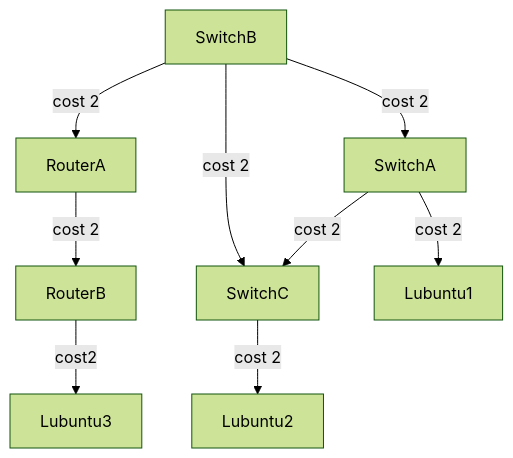
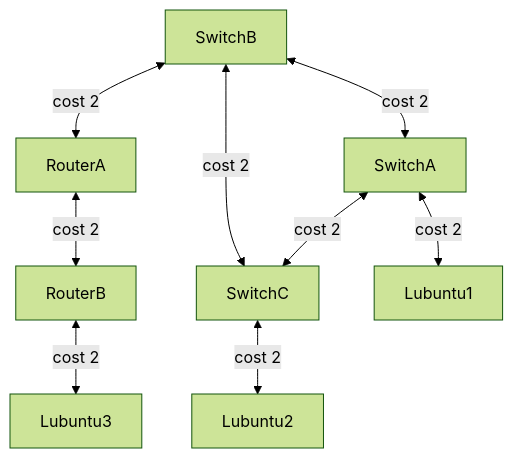
One commit to Kjersheim/DataNetworksIntro2023 changed the diagram in documentation/E07.md. Above: the diagram before and after it, drawn with Mermaid.

Commit message:
E07 Path cost

````diff
--- a/documentation/E07.md
+++ b/documentation/E07.md
@@ -420,13 +420,13 @@
 ```mermaid
 %%{init: {'theme': 'forest', "flowchart" : { "curve" : "basis" } } }%%
 graph TD;
-	SwitchB-- cost 2 -->RouterA
-	RouterA-- cost 2-->RouterB
-	RouterB-- cost2-->Lubuntu3
-	SwitchB-- cost 2-->SwitchA;
-	SwitchB-- cost 2-->SwitchC;
-	SwitchA-- cost 2-->SwitchC;
-	SwitchA-- cost 2-->Lubuntu1;
-	SwitchC-- cost 2-->Lubuntu2;
+	SwitchB<-- cost 2 -->RouterA
+    RouterA<-- cost 2 -->RouterB
+    RouterB<-- cost 2 -->Lubuntu3
+    SwitchB<-- cost 2-->SwitchA;
+    SwitchB<-- cost 2-->SwitchC;
+    SwitchA<-- cost 2-->SwitchC;
+    SwitchA<-- cost 2-->Lubuntu1;
+    SwitchC<-- cost 2-->Lubuntu2;
 
 ```
````
